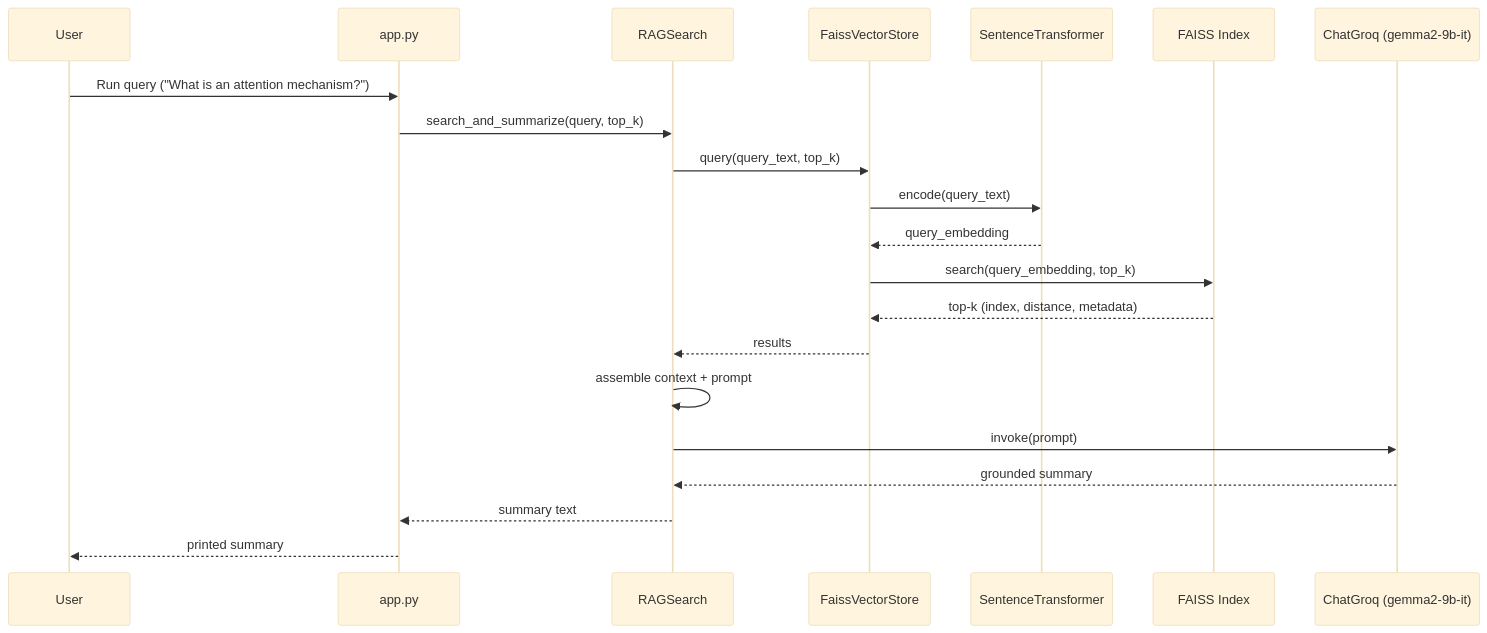
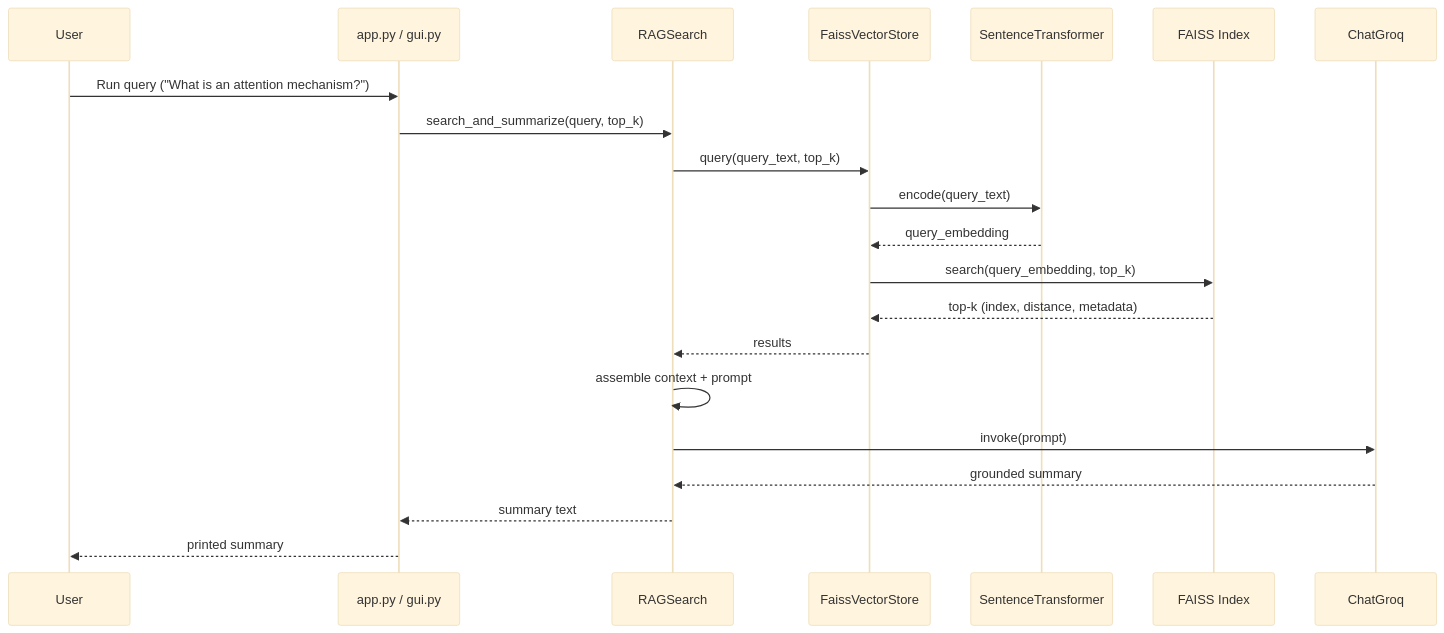
Before and after one commit to Themahattva/Advanced-RAG-for-Research-papers: the third of 3 diagrams in README.md, drawn with Mermaid (base theme). The commit also changed other lines of this file and 7 other files, not shown here.

````diff
--- a/README.md
+++ b/README.md
@@ -117,24 +119,24 @@
 ```mermaid
 sequenceDiagram
     participant U as User
-    participant App as app.py
+    participant App as app.py / gui.py
     participant RS as RAGSearch
     participant VS as FaissVectorStore
     participant EM as SentenceTransformer
     participant FI as FAISS Index
-    participant LLM as ChatGroq (gemma2-9b-it)
+    participant LLM as ChatGroq
 
     U->>App: Run query ("What is an attention mechanism?")
     App->>RS: search_and_summarize(query, top_k)
     RS->>VS: query(query_text, top_k)
     VS->>EM: encode(query_text)
     EM-->>VS: query_embedding
     VS->>FI: search(query_embedding, top_k)
     FI-->>VS: top-k (index, distance, metadata)
     VS-->>RS: results
     RS->>RS: assemble context + prompt
     RS->>LLM: invoke(prompt)
     LLM-->>RS: grounded summary
     RS-->>App: summary text
     App-->>U: printed summary
 ```
````
